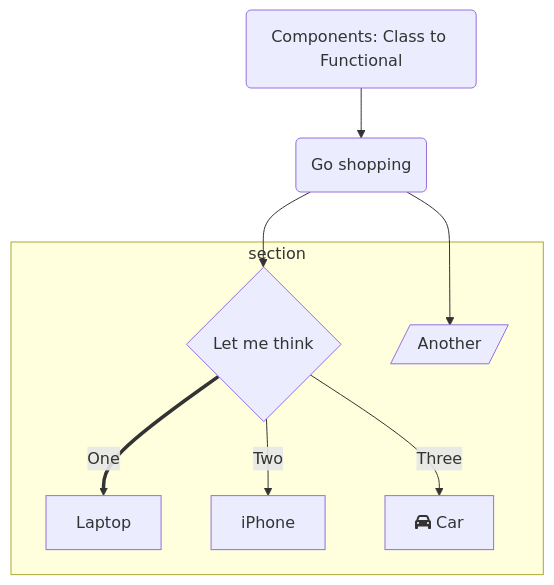
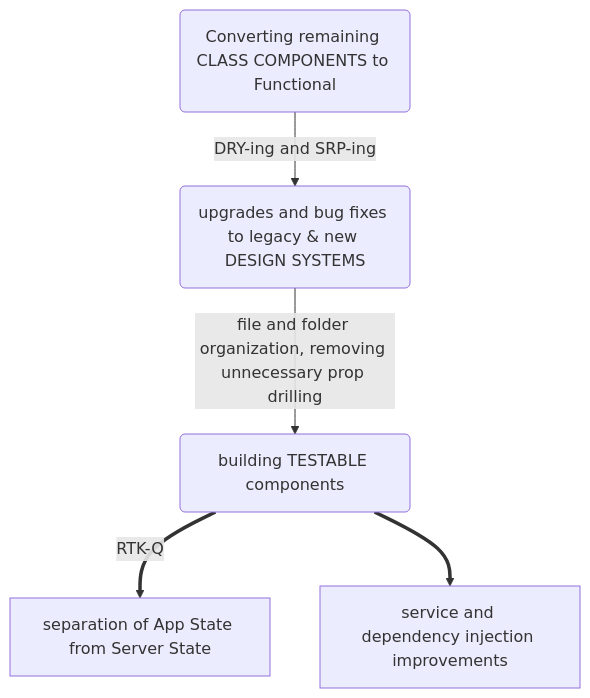
One commit to charlieargue/pan-code-samples changed the second of 2 diagrams in README.md. Above: the diagram before and after it, drawn with Mermaid. The commit also changed other lines of this file, not shown here.

Commit message:
building out mermaid :fish:

````diff
--- a/README.md
+++ b/README.md
@@ -215,16 +216,8 @@
 ```mermaid
 graph TD
-      A(Components: Class to Functional) --> B(Go shopping)
-      B --> C{Let me think}
-      B --> G[/Another/]
-      C ==>|One| D[Laptop]
-      C -->|Two| E[iPhone]
-      C -->|Three| F[fa:fa-car Car]
-      subgraph section
-        C
-        D
-        E
-        F
-        G
-      end
+      A(Converting remaining CLASS COMPONENTS to Functional) --> |DRY-ing and SRP-ing|B(upgrades and bug fixes to legacy & new DESIGN SYSTEMS)
+      B --> |file and folder organization, removing unnecessary prop drilling| C(building TESTABLE components)
+      C ==>|RTK-Q| D[separation of App State from Server State]
+      C ==> E[service and dependency injection improvements]
+		  
 ```
````
